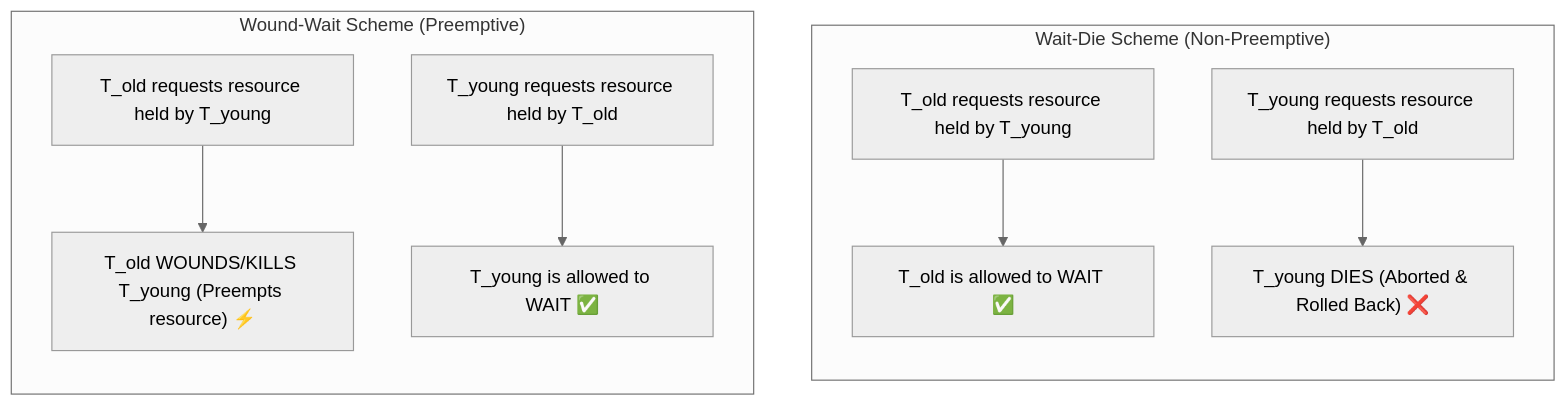
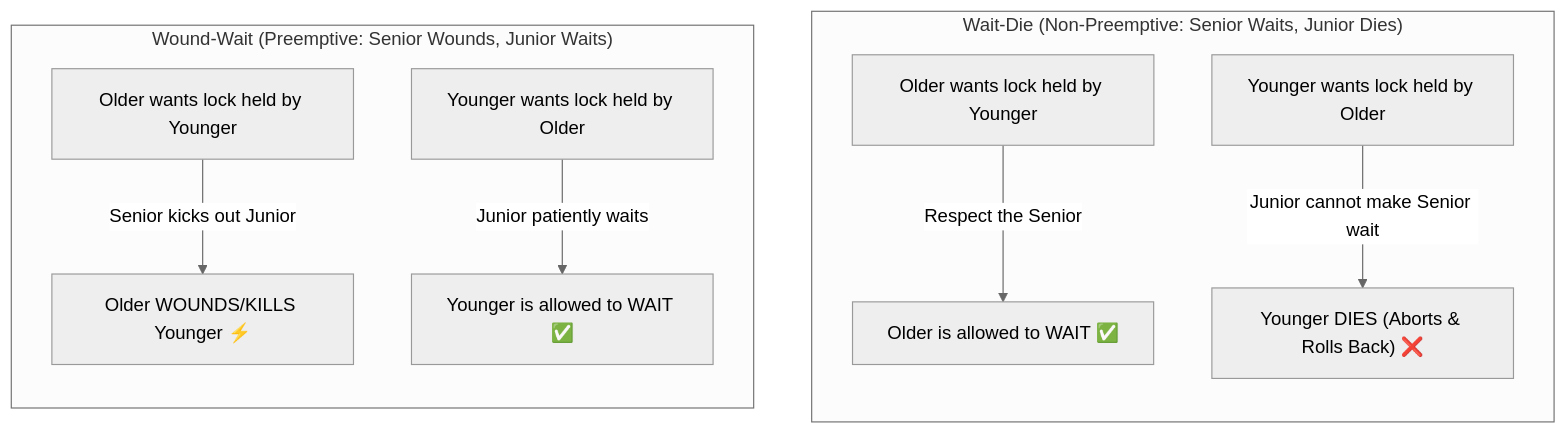
Before and after one commit to rohithgowda18/Notes: the seventh of 16 diagrams in 02-DBMS/DBMS-Advanced-Concepts.md, drawn with Mermaid (neutral theme). The commit also changed other lines of this file and 4 other files, not shown here.

````diff
--- a/02-DBMS/DBMS-Advanced-Concepts.md
+++ b/02-DBMS/DBMS-Advanced-Concepts.md
@@ -201,13 +305,14 @@
 ```mermaid
 flowchart TD
-    subgraph WaitDieScheme ["Wait-Die Scheme (Non-Preemptive)"]
+    subgraph WaitDieScheme ["Wait-Die (Non-Preemptive: Senior Waits, Junior Dies)"]
         direction TB
-        WD_Start["T_old requests resource held by T_young"] --> WD_Wait["T_old is allowed to WAIT ✅"]
-        WD_Start2["T_young requests resource held by T_old"] --> WD_Die["T_young DIES (Aborted & Rolled Back) ❌"]
+        WD1["Older wants lock held by Younger"] -->|"Respect the Senior"| WD_Wait["Older is allowed to WAIT ✅"]
+        WD2["Younger wants lock held by Older"] -->|"Junior cannot make Senior wait"| WD_Die["Younger DIES (Aborts & Rolls Back) ❌"]
     end
-    subgraph WoundWaitScheme ["Wound-Wait Scheme (Preemptive)"]
+
+    subgraph WoundWaitScheme ["Wound-Wait (Preemptive: Senior Wounds, Junior Waits)"]
         direction TB
-        WW_Start["T_old requests resource held by T_young"] --> WW_Wound["T_old WOUNDS/KILLS T_young (Preempts resource) ⚡"]
-        WW_Start2["T_young requests resource held by T_old"] --> WW_Wait["T_young is allowed to WAIT ✅"]
+        WW1["Older wants lock held by Younger"] -->|"Senior kicks out Junior"| WW_Wound["Older WOUNDS/KILLS Younger ⚡"]
+        WW2["Younger wants lock held by Older"] -->|"Junior patiently waits"| WW_Wait["Younger is allowed to WAIT ✅"]
     end
 ```
````
